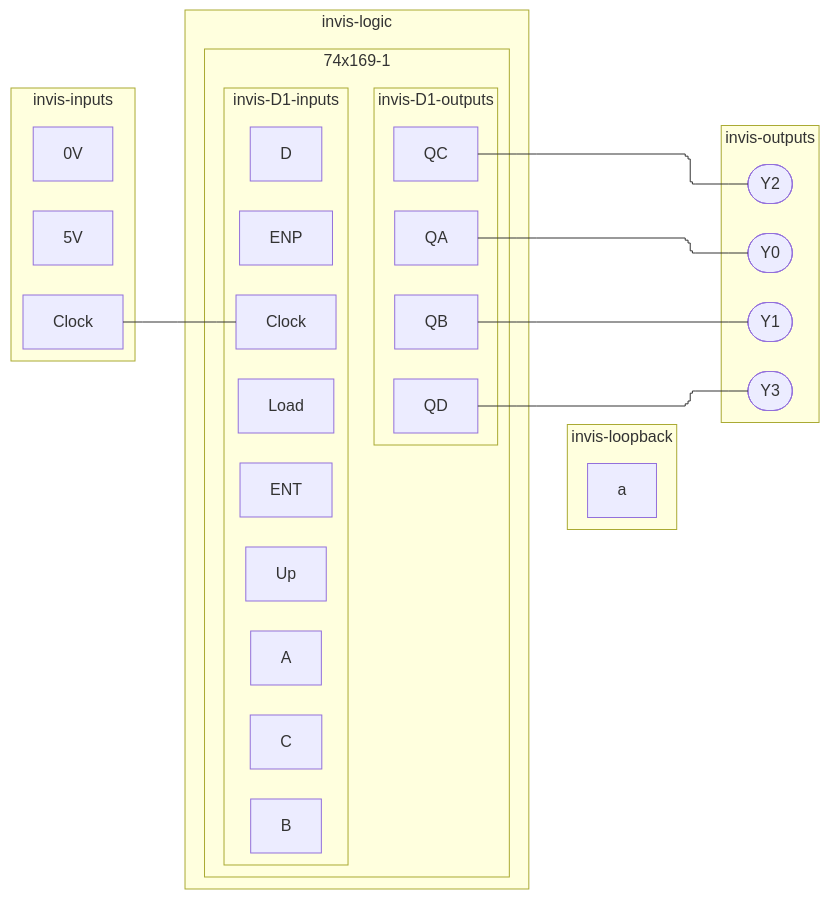
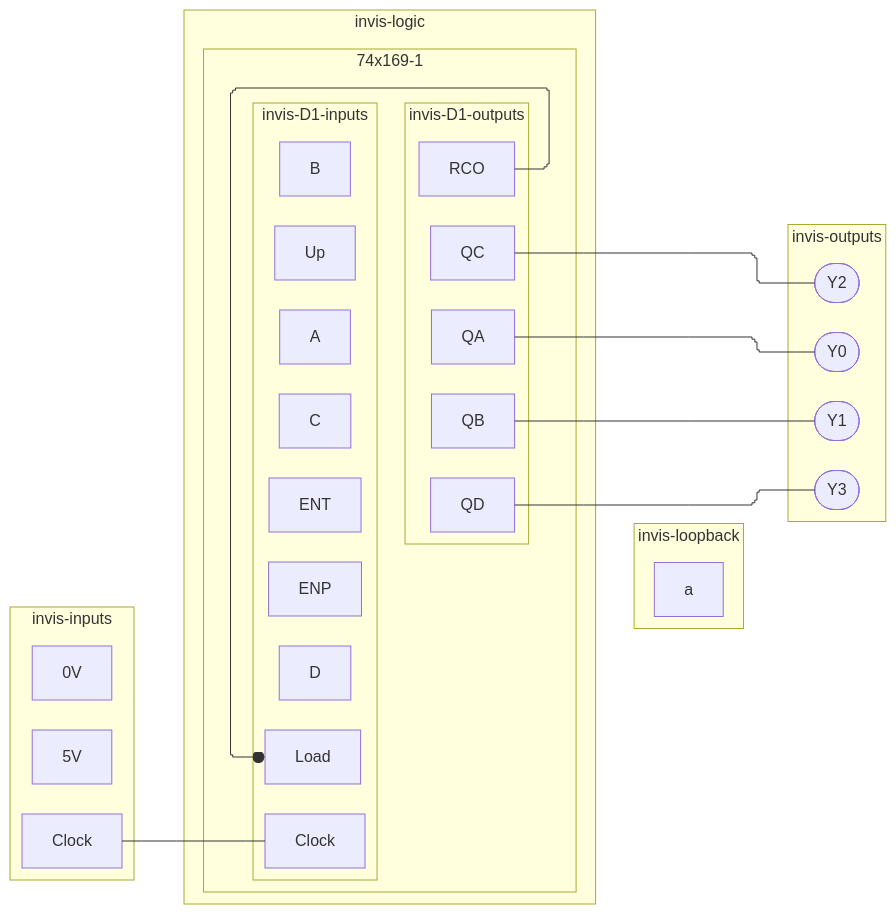
One commit to tnichols217/notes changed the eighth of 8 diagrams in CSDS 281 - Logic Design/HW/8/Tables.md. Above: the diagram before and after it, drawn with Mermaid. The commit also changed 1 other file, not shown here.

Commit message:
vault backup: 2024-04-05 07:43:16

````diff
--- a/CSDS 281 - Logic Design/HW/8/Tables.md
+++ b/CSDS 281 - Logic Design/HW/8/Tables.md
@@ -409,43 +409,44 @@
 ```mermaid
 %%{ init: { 'flowchart': { 'curve': 'stepBefore', "defaultRenderer": "elk" } } }%%
 flowchart LR
 subgraph invis-inputs
 	Clock
 	5V
 	0V
 end
 subgraph invis-logic
 	subgraph 74x169-1
 		subgraph invis-D1-inputs
 			D1c[Clock]
 			D1UP[Up]
 			D1LD[Load]
 			D1ENP[ENP]
 			D1ENT[ENT]
 			D1A[A]
 			D1B[B]
 			D1C[C]
 			D1D[D]
 		end
 		Clock --- D1c
 		subgraph invis-D1-outputs
 			Q1A[QA]
 			Q1B[QB]
 			Q1C[QC]
 			Q1D[QD]
+			Q1RCO[RCO]
 		end
 		invis-D1-inputs ~~~ invis-D1-outputs
 	end
-	
+	Q1RCO ---o D1LD
 end
 subgraph invis-loopback
 	a
 end
 subgraph invis-outputs
 		Q1A --- Y0([Y0])
 		Q1B --- Y1([Y1])
 		Q1C --- Y2([Y2])
 		Q1D --- Y3([Y3])
 end
 invis-inputs ~~~ invis-logic ~~~ invis-loopback ~~~ invis-outputs
 ```
````
